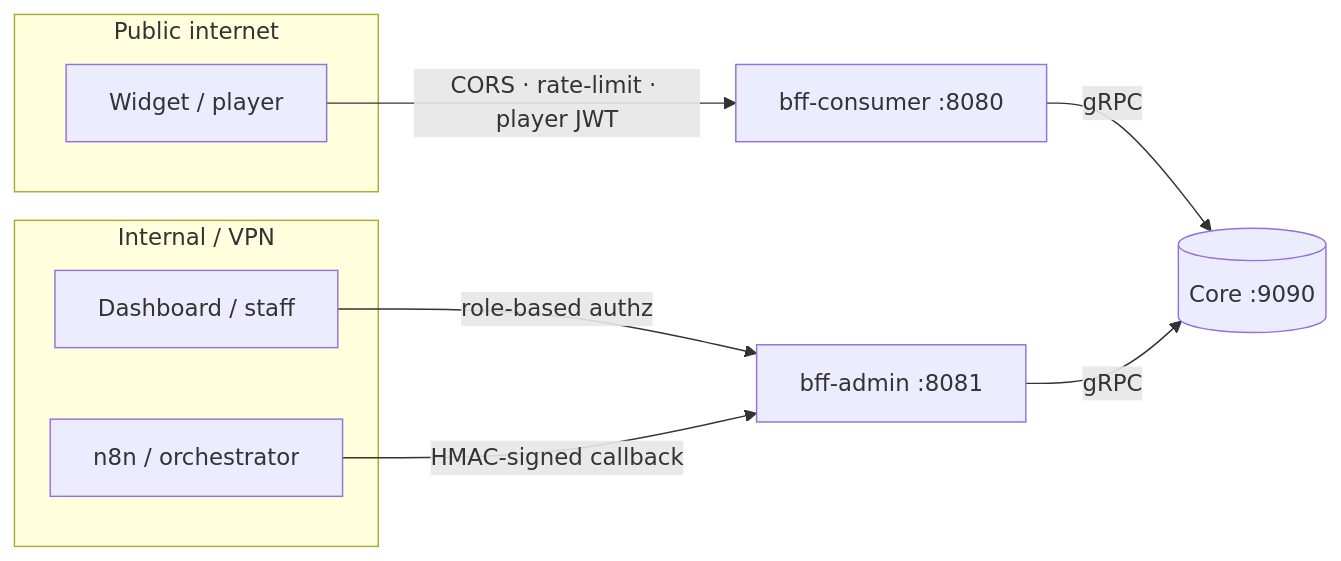
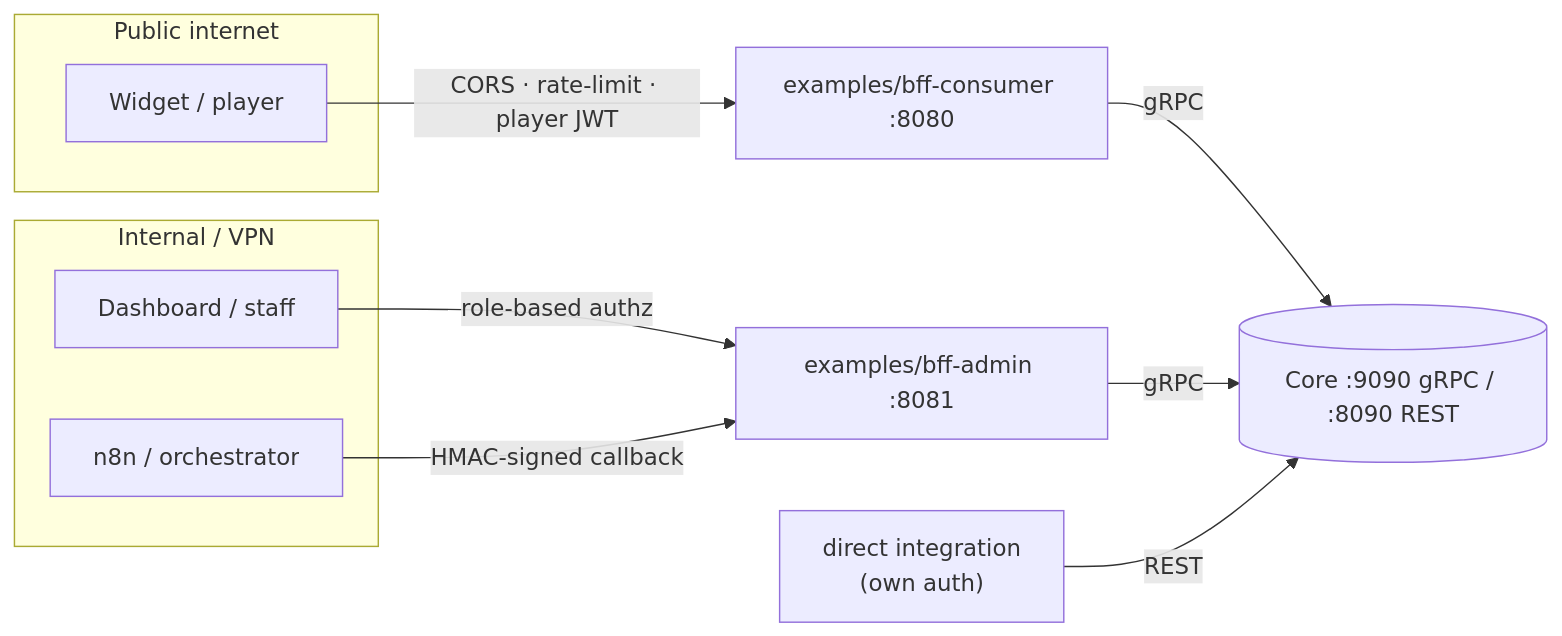
The second of 3 diagrams in website/docs/architecture/overview.md (ndmt1at21/muse), drawn with Mermaid before and after one commit. The commit also changed other lines of this file and 53 other files, not shown here.

````diff
--- a/website/docs/architecture/overview.md
+++ b/website/docs/architecture/overview.md
@@ -82,16 +91,17 @@
 ```mermaid
 flowchart LR
   subgraph Public["Public internet"]
     widget["Widget / player"]
   end
   subgraph Internal["Internal / VPN"]
     dash["Dashboard / staff"]
     n8n["n8n / orchestrator"]
   end
 
-  widget -->|"CORS · rate-limit · player JWT"| C["bff-consumer :8080"]
-  dash -->|"role-based authz"| A["bff-admin :8081"]
+  widget -->|"CORS · rate-limit · player JWT"| C["examples/bff-consumer :8080"]
+  dash -->|"role-based authz"| A["examples/bff-admin :8081"]
   n8n -->|"HMAC-signed callback"| A
-  C -->|gRPC| Core[("Core :9090")]
+  C -->|gRPC| Core[("Core :9090 gRPC / :8090 REST")]
   A -->|gRPC| Core
+  direct["direct integration<br/>(own auth)"] -->|REST| Core
 ```
````
